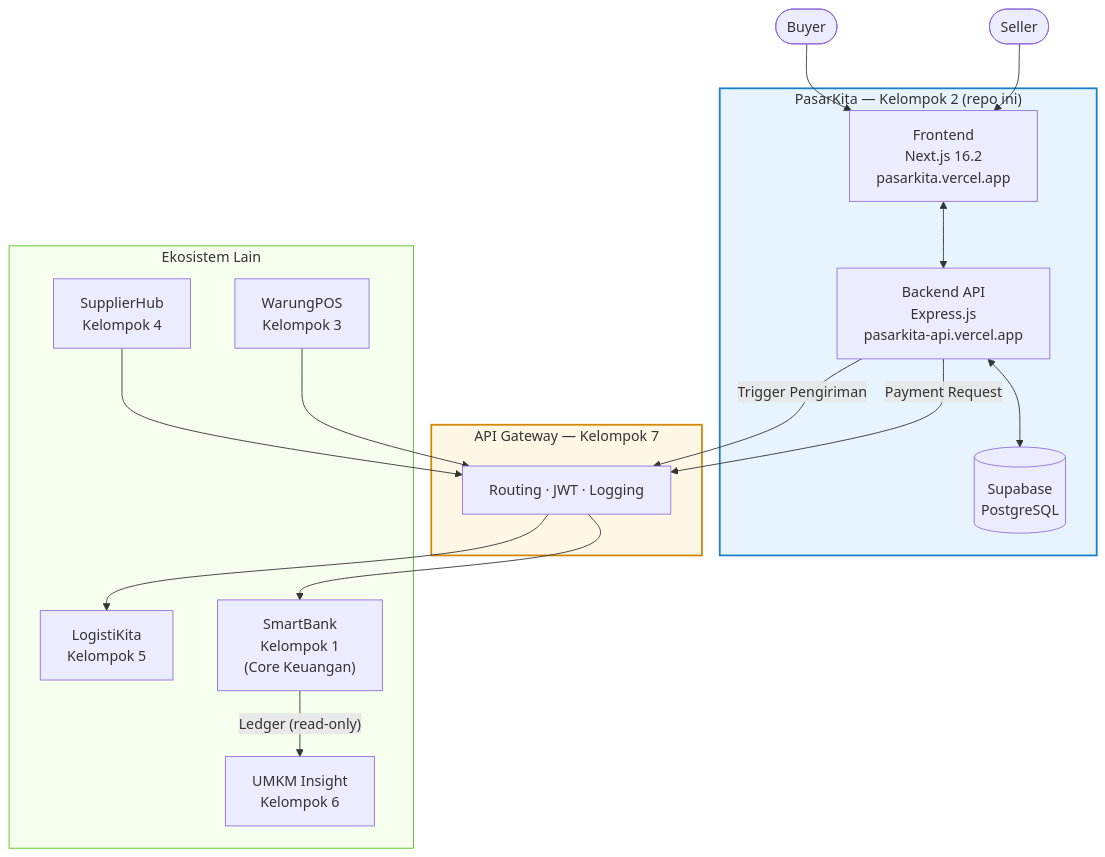
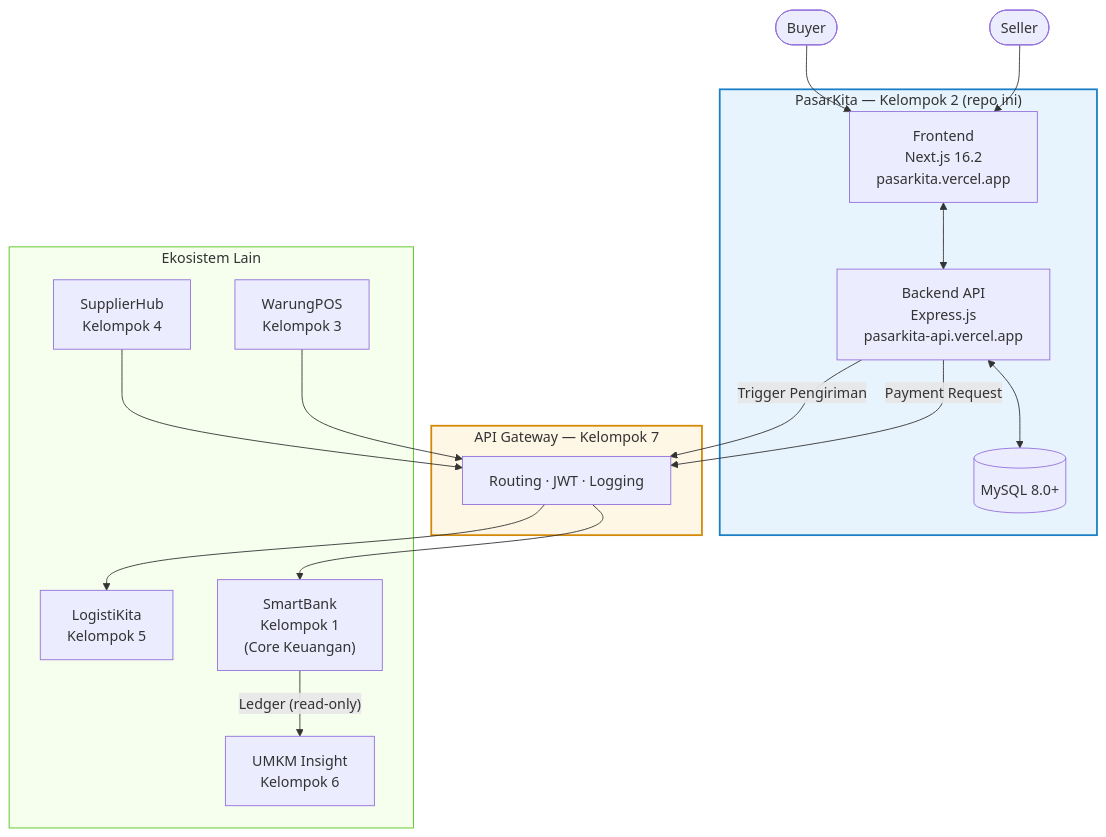
One commit to ditverse/pasarkita-monorepo changed the first of 3 diagrams in README.md. Above: the diagram before and after it, drawn with Mermaid. The commit also changed other lines of this file and 5 other files, not shown here.

````diff
--- a/README.md
+++ b/README.md
@@ -15,37 +15,37 @@
 ```mermaid
 graph TD
     SELLER([Seller]) --> FE
     BUYER([Buyer]) --> FE
 
     subgraph PASARKITA["PasarKita — Kelompok 2 (repo ini)"]
         FE["Frontend\nNext.js 16.2\npasarkita.vercel.app"]
         BE["Backend API\nExpress.js\npasarkita-api.vercel.app"]
-        DB[("Supabase\nPostgreSQL")]
+        DB[("MySQL 8.0+")]
         FE <--> BE
         BE <--> DB
     end
 
     subgraph GATEWAY["API Gateway — Kelompok 7"]
         GW["Routing · JWT · Logging"]
     end
 
     subgraph ECOSYSTEM["Ekosistem Lain"]
         SB["SmartBank\nKelompok 1\n(Core Keuangan)"]
         LK["LogistiKita\nKelompok 5"]
         SH["SupplierHub\nKelompok 4"]
         POS["WarungPOS\nKelompok 3"]
         UI["UMKM Insight\nKelompok 6"]
     end
 
     BE -->|"Payment Request"| GW
     BE -->|"Trigger Pengiriman"| GW
     GW --> SB
     GW --> LK
     SB -->|"Ledger (read-only)"| UI
     SH --> GW
     POS --> GW
 
     style PASARKITA fill:#e8f4fd,stroke:#1a7fc4,stroke-width:2px
     style GATEWAY fill:#fff7e6,stroke:#d48806,stroke-width:2px
     style ECOSYSTEM fill:#f6ffed,stroke:#52c41a,stroke-width:1px
 ```
````
